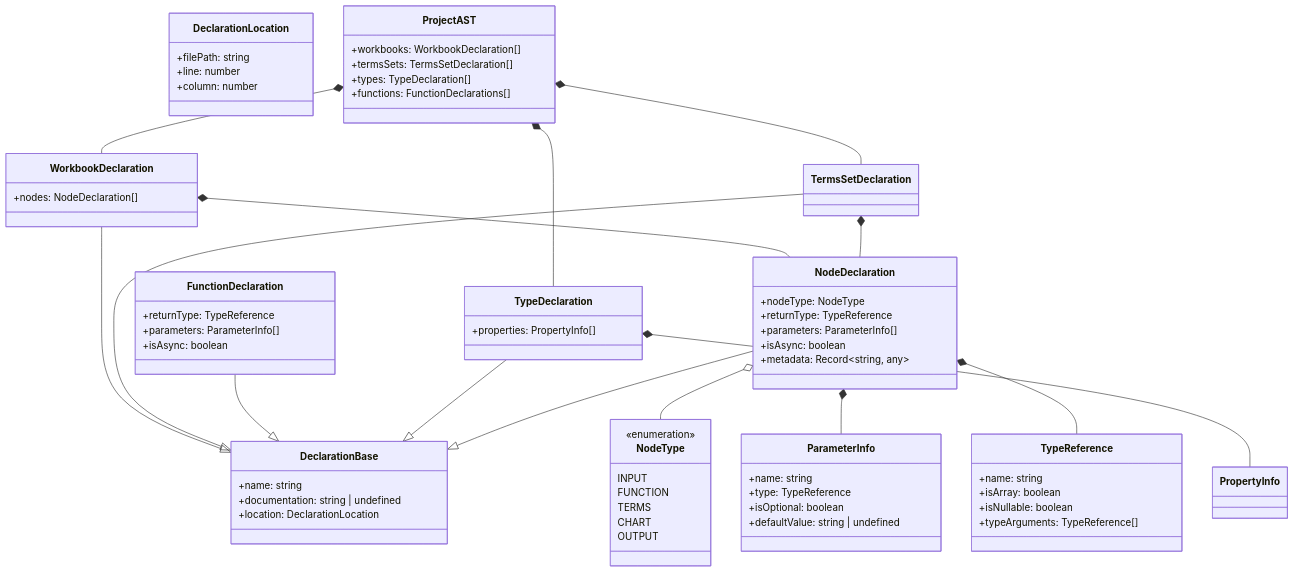
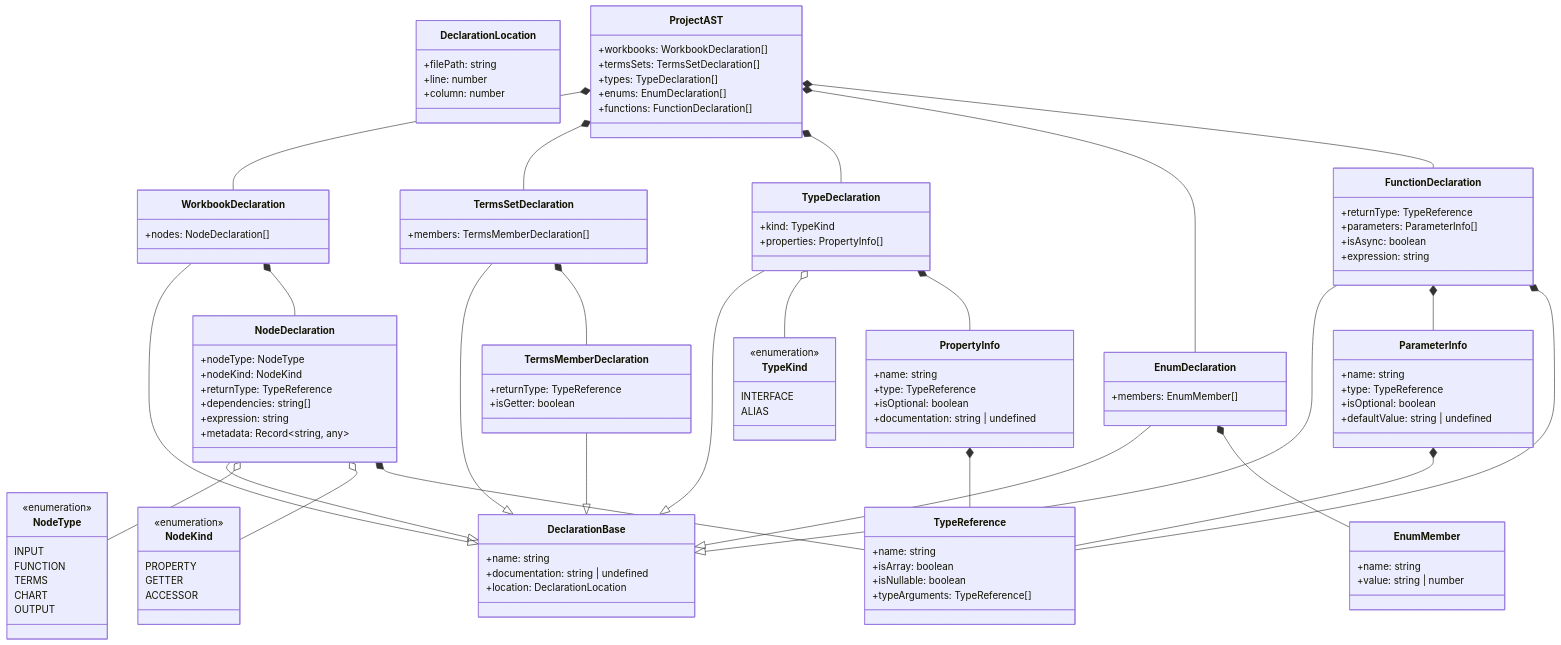
One commit to rimvydasb/open-modeler-bindings changed the second of 2 diagrams in docs/modules/PROJECT_AST_SPEC.md. Above: the diagram before and after it, drawn with Mermaid. The commit also changed other lines of this file and 3 other files, not shown here.

````diff
--- a/docs/modules/PROJECT_AST_SPEC.md
+++ b/docs/modules/PROJECT_AST_SPEC.md
@@ -76,7 +77,8 @@
         +workbooks: WorkbookDeclaration[]
         +termsSets: TermsSetDeclaration[]
         +types: TypeDeclaration[]
-        +functions: FunctionDeclarations[]
+        +enums: EnumDeclaration[]
+        +functions: FunctionDeclaration[]
     }
 
     class WorkbookDeclaration {
@@ -86,29 +88,51 @@
     WorkbookDeclaration --|> DeclarationBase
 
     class TermsSetDeclaration {
+        +members: TermsMemberDeclaration[]
     }
 
     TermsSetDeclaration --|> DeclarationBase
+
+    class TermsMemberDeclaration {
+        +returnType: TypeReference
+        +isGetter: boolean
+    }
+
+    TermsMemberDeclaration --|> DeclarationBase
 
     class FunctionDeclaration {
         +returnType: TypeReference
         +parameters: ParameterInfo[]
         +isAsync: boolean
+        +expression: string
     }
 
     FunctionDeclaration --|> DeclarationBase
 
     class TypeDeclaration {
+        +kind: TypeKind
         +properties: PropertyInfo[]
     }
 
     TypeDeclaration --|> DeclarationBase
 
+    class EnumDeclaration {
+        +members: EnumMember[]
+    }
+
+    EnumDeclaration --|> DeclarationBase
+
+    class EnumMember {
+        +name: string
+        +value: string | number
+    }
+
     class NodeDeclaration {
         +nodeType: NodeType
+        +nodeKind: NodeKind
         +returnType: TypeReference
-        +parameters: ParameterInfo[]
-        +isAsync: boolean
+        +dependencies: string[]
+        +expression: string
         +metadata: Record~string, any~
     }
 
@@ -123,11 +147,31 @@
         OUTPUT
     }
 
+    class NodeKind {
+        <<enumeration>>
+        PROPERTY
+        GETTER
+        ACCESSOR
+    }
+
+    class TypeKind {
+        <<enumeration>>
+        INTERFACE
+        ALIAS
+    }
+
     class ParameterInfo {
         +name: string
         +type: TypeReference
         +isOptional: boolean
         +defaultValue: string | undefined
+    }
+
+    class PropertyInfo {
+        +name: string
+        +type: TypeReference
+        +isOptional: boolean
+        +documentation: string | undefined
     }
 
     class TypeReference {
@@ -140,10 +184,24 @@
     ProjectAST *-- WorkbookDeclaration
     ProjectAST *-- TermsSetDeclaration
     ProjectAST *-- TypeDeclaration
+    ProjectAST *-- EnumDeclaration
+    ProjectAST *-- FunctionDeclaration
+
     WorkbookDeclaration *-- NodeDeclaration
-    TermsSetDeclaration *-- NodeDeclaration
+    TermsSetDeclaration *-- TermsMemberDeclaration
+
     NodeDeclaration o-- NodeType
-    NodeDeclaration *-- ParameterInfo
+    NodeDeclaration o-- NodeKind
     NodeDeclaration *-- TypeReference
+
+    TypeDeclaration o-- TypeKind
     TypeDeclaration *-- PropertyInfo
+
+    EnumDeclaration *-- EnumMember
+
+    FunctionDeclaration *-- ParameterInfo
+    FunctionDeclaration *-- TypeReference
+
+    PropertyInfo *-- TypeReference
+    ParameterInfo *-- TypeReference
 ```
````
